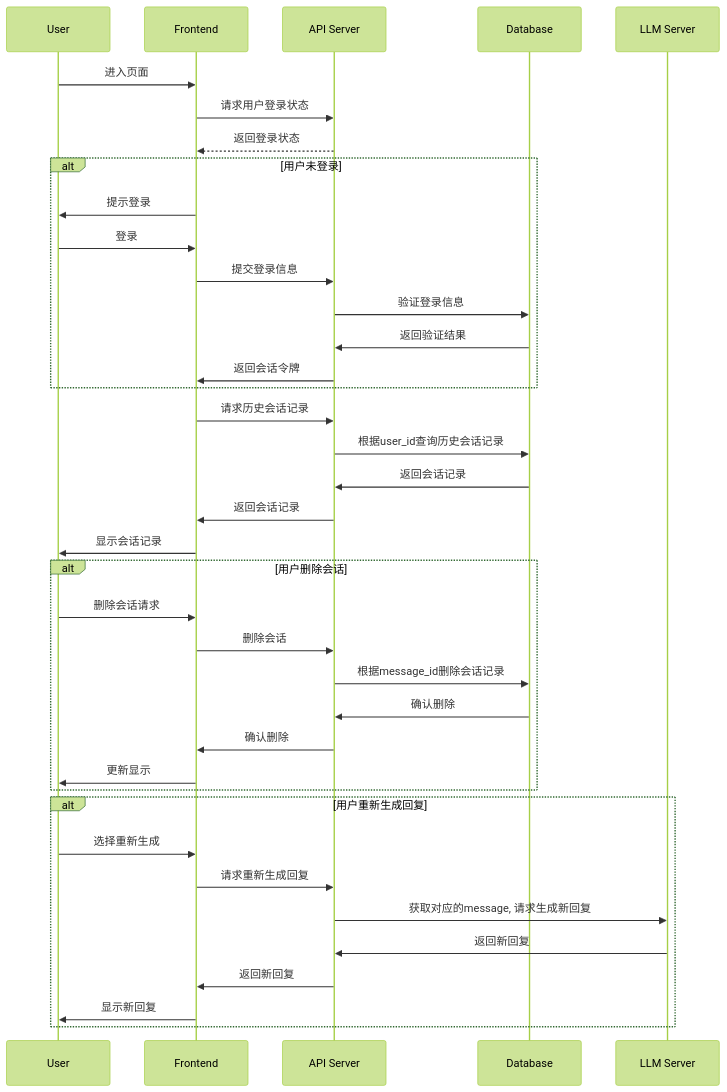
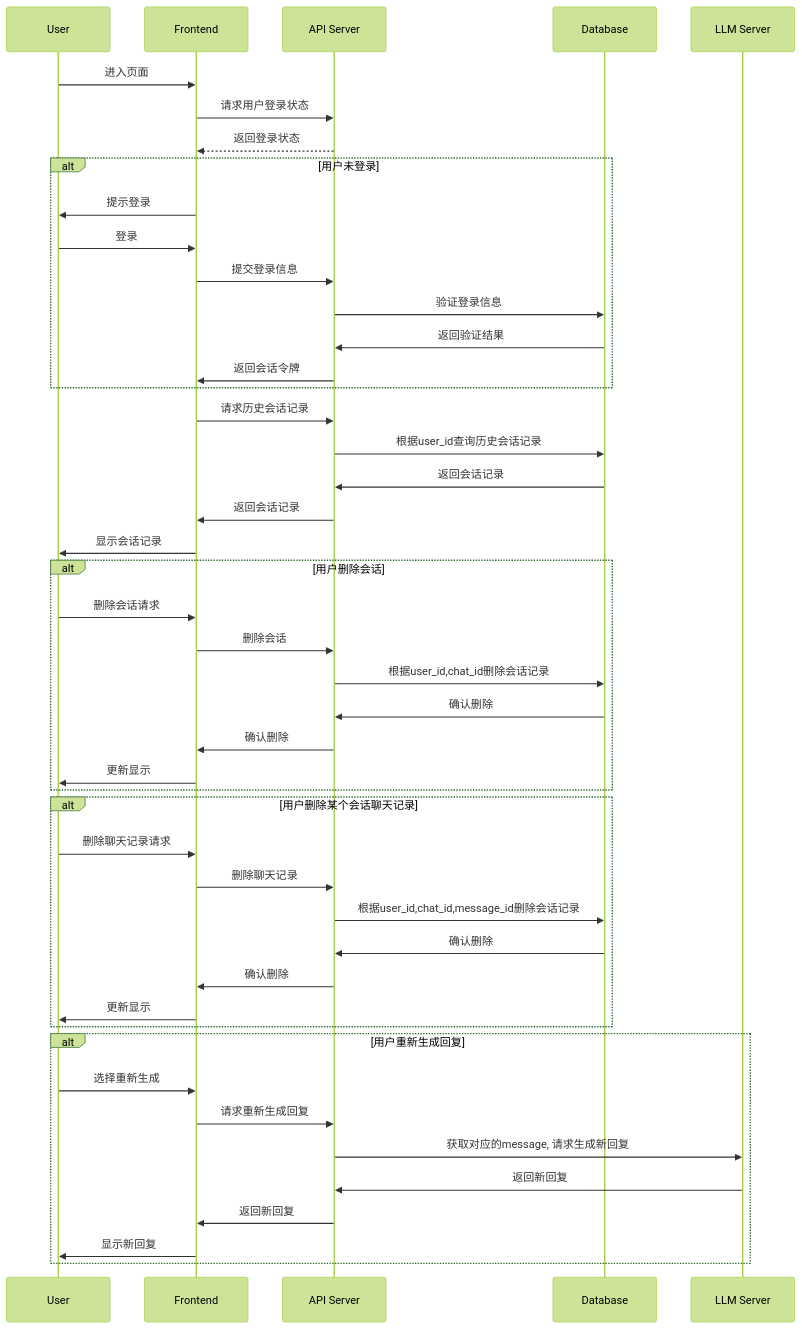
One commit to yingjianzh/iodraw-files changed the diagram in all/w3.md. Above: the diagram before and after it, drawn with Mermaid (forest theme).

Commit message:
2024-10-09 09:54:06 update

````diff
--- a/all/w3.md
+++ b/all/w3.md
@@ -1,46 +1,54 @@
 ```mermaid
 sequenceDiagram
     participant User
     participant Frontend
     participant API Server
     participant Database
+
 
     User->>Frontend: 进入页面
     Frontend->>API Server: 请求用户登录状态
     API Server-->>Frontend: 返回登录状态
     alt 用户未登录
         Frontend->>User: 提示登录
         User->>Frontend: 登录
         Frontend->>API Server: 提交登录信息
         API Server->>Database: 验证登录信息
         Database->>API Server: 返回验证结果
         API Server->>Frontend: 返回会话令牌
     end
 
     Frontend->>API Server: 请求历史会话记录
     API Server->>Database: 根据user_id查询历史会话记录
     Database->>API Server: 返回会话记录
     API Server->>Frontend: 返回会话记录
     Frontend->>User: 显示会话记录
 
     alt 用户删除会话
         User->>Frontend: 删除会话请求
         Frontend->>API Server: 删除会话
-        API Server->>Database: 根据message_id删除会话记录
+        API Server->>Database: 根据user_id,chat_id删除会话记录
+        Database->>API Server: 确认删除
+        API Server->>Frontend: 确认删除
+        Frontend->>User: 更新显示
+    end
+
+    alt 用户删除某个会话聊天记录
+        User->>Frontend: 删除聊天记录请求
+        Frontend->>API Server: 删除聊天记录
+        API Server->>Database: 根据user_id,chat_id,message_id删除会话记录
         Database->>API Server: 确认删除
         API Server->>Frontend: 确认删除
         Frontend->>User: 更新显示
     end
 
     alt 用户重新生成回复
         User->>Frontend: 选择重新生成
         Frontend->>API Server: 请求重新生成回复
         API Server->>LLM Server: 获取对应的message, 请求生成新回复
         LLM Server->>API Server: 返回新回复
         API Server->>Frontend: 返回新回复
         Frontend->>User: 显示新回复
     end
 
-    
-
 ```
````
